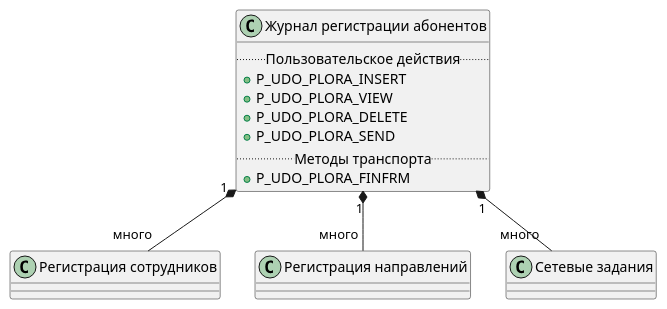
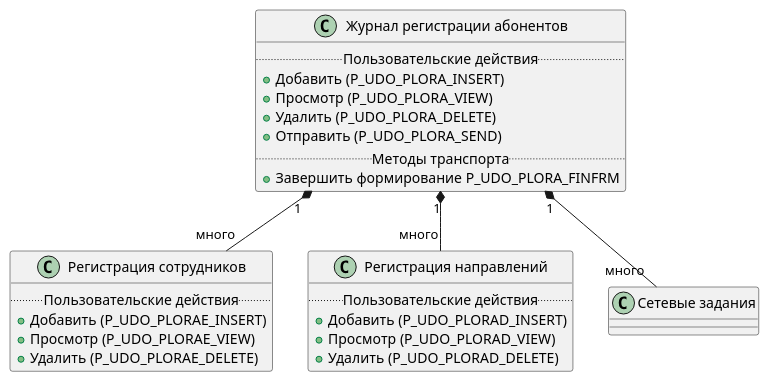
Before and after one commit to citpb/platform-astral-schemes: the diagram in udo_plora_classes.puml, drawn with PlantUML.

Commit message:
Update udo_plora_classes.puml
Добавлены действия в спецификациях.

```diff
--- a/udo_plora_classes.puml
+++ b/udo_plora_classes.puml
@@ -1,21 +1,33 @@
 @startuml
 
 class "Журнал регистрации абонентов" as MasterClass {
-..Пользовательское действия..
-{method}+P_UDO_PLORA_INSERT
-{method}+P_UDO_PLORA_VIEW
-{method}+P_UDO_PLORA_DELETE
-{method}+P_UDO_PLORA_SEND
+..Пользовательские действия..
+{method}+Добавить (P_UDO_PLORA_INSERT)
+{method}+Просмотр (P_UDO_PLORA_VIEW)
+{method}+Удалить (P_UDO_PLORA_DELETE)
+{method}+Отправить (P_UDO_PLORA_SEND)
 ..Методы транспорта..
-{method}+P_UDO_PLORA_FINFRM
+{method}+Завершить формирование P_UDO_PLORA_FINFRM
 }
 
-class "Регистрация сотрудников" as SpecClass1
-class "Регистрация направлений" as SpecClass2
+class "Регистрация сотрудников" as SpecClass1 {
+..Пользовательские действия..
+{method}+Добавить (P_UDO_PLORAE_INSERT)
+{method}+Просмотр (P_UDO_PLORAE_VIEW)
+{method}+Удалить (P_UDO_PLORAE_DELETE)
+}
+
+class "Регистрация направлений" as SpecClass2 {
+..Пользовательские действия..
+{method}+Добавить (P_UDO_PLORAD_INSERT)
+{method}+Просмотр (P_UDO_PLORAD_VIEW)
+{method}+Удалить (P_UDO_PLORAD_DELETE)
+}
+
 class "Сетевые задания" as SpecClass3
 
 MasterClass "1" *-- "много" SpecClass1
 MasterClass "1" *-- "много" SpecClass2
 MasterClass "1" *-- "много" SpecClass3
 
 @enduml
```
